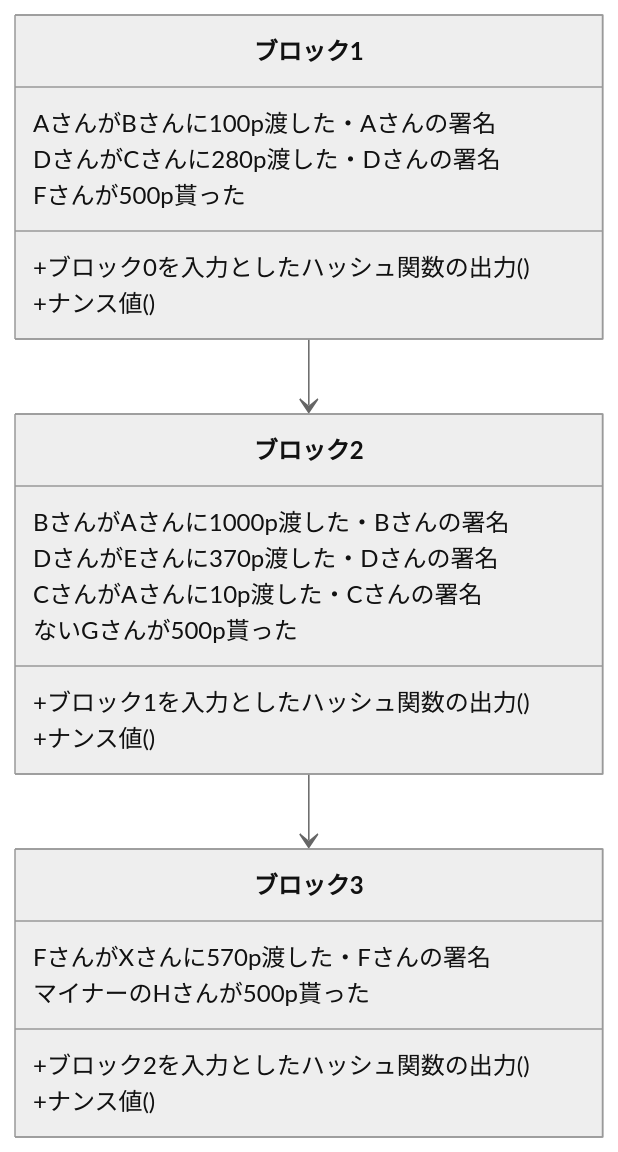
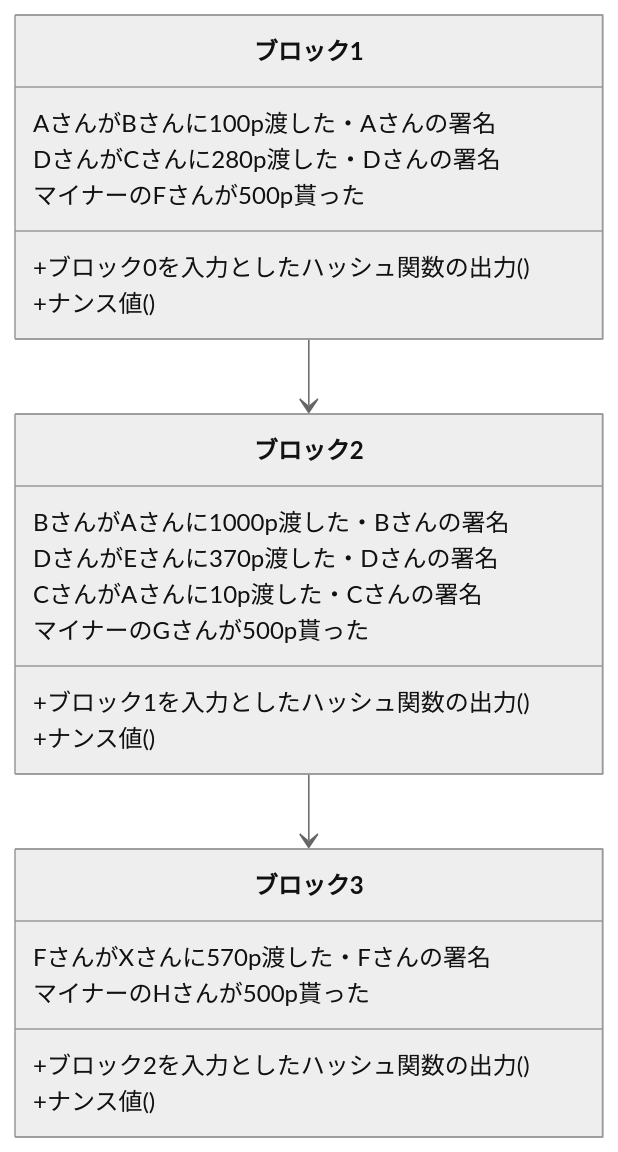
One commit to sonneko/sf-articles changed the first of 2 diagrams in articles/仮想通貨と電子決済の仕組み.md. Above: the diagram before and after it, drawn with Mermaid (neutral theme). The commit also changed other lines of this file, not shown here.

````diff
--- a/articles/仮想通貨と電子決済の仕組み.md
+++ b/articles/仮想通貨と電子決済の仕組み.md
@@ -65,27 +65,27 @@
 ```mermaid
 classDiagram
 	ブロック1-->ブロック2
 	ブロック2-->ブロック3
 	class ブロック1{
 		+ブロック0を入力としたハッシュ関数の出力()
 		AさんがBさんに100p渡した・Aさんの署名
 		DさんがCさんに280p渡した・Dさんの署名
-		Fさんが500p貰った
+		マイナーのFさんが500p貰った
 		+ナンス値()
 	}
 	class ブロック2{
 		+ブロック1を入力としたハッシュ関数の出力()
 		BさんがAさんに1000p渡した・Bさんの署名
 		DさんがEさんに370p渡した・Dさんの署名
 		CさんがAさんに10p渡した・Cさんの署名
-		ないGさんが500p貰った
+		マイナーのGさんが500p貰った
 		+ナンス値()
 	}
 	class ブロック3{
 		+ブロック2を入力としたハッシュ関数の出力()
 		FさんがXさんに570p渡した・Fさんの署名
 		マイナーのHさんが500p貰った
 		+ナンス値()
 	}
 
 ```
````
